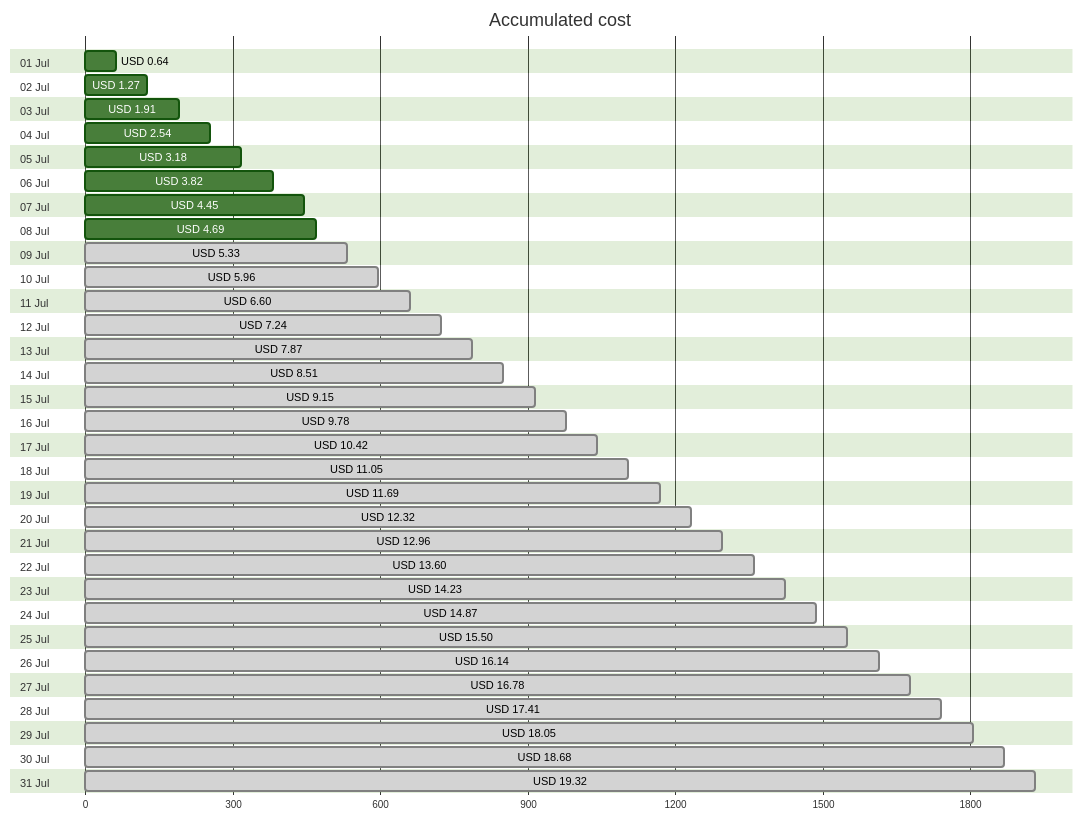
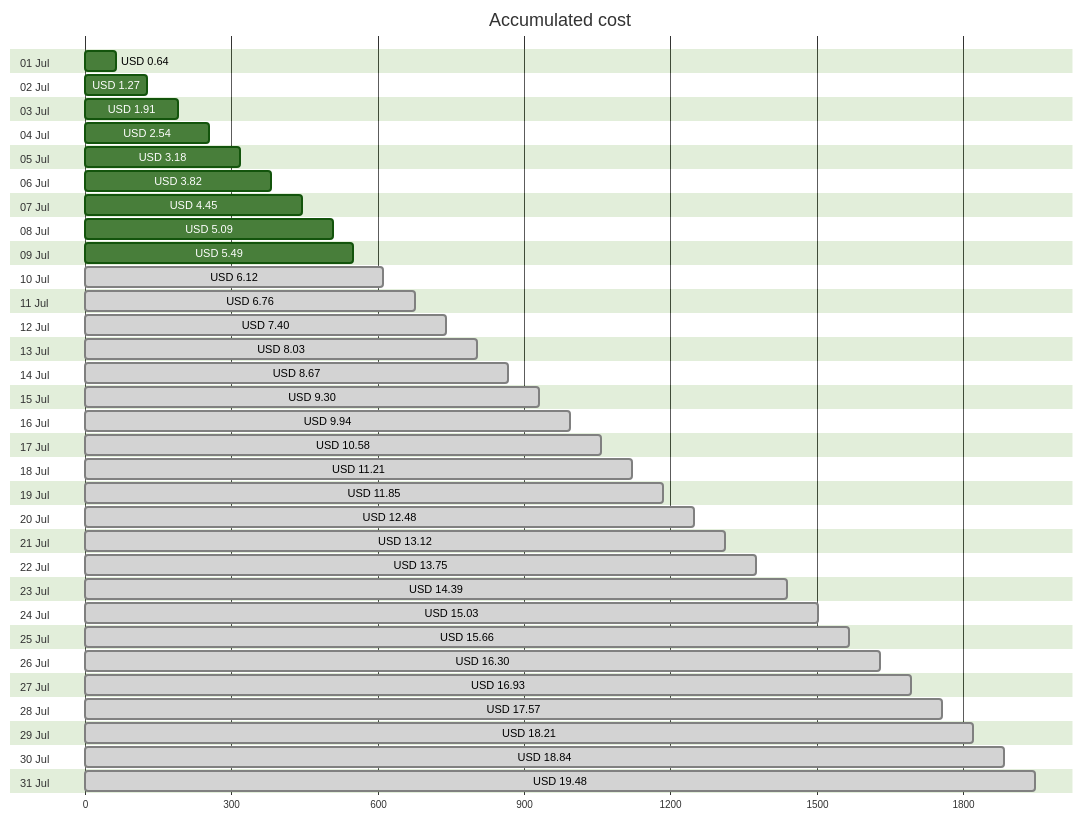
Before and after one commit to jpfulton/azure-personal-reports: the first of 4 diagrams in cost-reports/accumulated-cost.md, drawn with Mermaid (forest theme). The commit also changed other lines of this file and 4 other files, not shown here.

````diff
--- a/cost-reports/accumulated-cost.md
+++ b/cost-reports/accumulated-cost.md
@@ -20,68 +20,68 @@
 ```mermaid
 gantt
    title Accumulated cost
    dateFormat  X
    axisFormat %s
    section 01 Jul
    USD 0.64 :0, 64
    section 02 Jul
    USD 1.27 :0, 127
    section 03 Jul
    USD 1.91 :0, 191
    section 04 Jul
    USD 2.54 :0, 254
    section 05 Jul
    USD 3.18 :0, 318
    section 06 Jul
    USD 3.82 :0, 382
    section 07 Jul
    USD 4.45 :0, 445
    section 08 Jul
-   USD 4.69 :0, 469
+   USD 5.09 :0, 509
    section 09 Jul
-   USD 5.33 : done, 0, 533
+   USD 5.49 :0, 549
    section 10 Jul
-   USD 5.96 : done, 0, 596
+   USD 6.12 : done, 0, 612
    section 11 Jul
-   USD 6.60 : done, 0, 660
+   USD 6.76 : done, 0, 676
    section 12 Jul
-   USD 7.24 : done, 0, 724
+   USD 7.40 : done, 0, 740
    section 13 Jul
-   USD 7.87 : done, 0, 787
+   USD 8.03 : done, 0, 803
    section 14 Jul
-   USD 8.51 : done, 0, 851
+   USD 8.67 : done, 0, 867
    section 15 Jul
-   USD 9.15 : done, 0, 915
+   USD 9.30 : done, 0, 930
    section 16 Jul
-   USD 9.78 : done, 0, 978
+   USD 9.94 : done, 0, 994
    section 17 Jul
-   USD 10.42 : done, 0, 1042
+   USD 10.58 : done, 0, 1058
    section 18 Jul
-   USD 11.05 : done, 0, 1105
+   USD 11.21 : done, 0, 1121
    section 19 Jul
-   USD 11.69 : done, 0, 1169
+   USD 11.85 : done, 0, 1185
    section 20 Jul
-   USD 12.32 : done, 0, 1232
+   USD 12.48 : done, 0, 1248
    section 21 Jul
-   USD 12.96 : done, 0, 1296
+   USD 13.12 : done, 0, 1312
    section 22 Jul
-   USD 13.60 : done, 0, 1360
+   USD 13.75 : done, 0, 1375
    section 23 Jul
-   USD 14.23 : done, 0, 1423
+   USD 14.39 : done, 0, 1439
    section 24 Jul
-   USD 14.87 : done, 0, 1487
+   USD 15.03 : done, 0, 1503
    section 25 Jul
-   USD 15.50 : done, 0, 1550
+   USD 15.66 : done, 0, 1566
    section 26 Jul
-   USD 16.14 : done, 0, 1614
+   USD 16.30 : done, 0, 1630
    section 27 Jul
-   USD 16.78 : done, 0, 1678
+   USD 16.93 : done, 0, 1693
    section 28 Jul
-   USD 17.41 : done, 0, 1741
+   USD 17.57 : done, 0, 1757
    section 29 Jul
-   USD 18.05 : done, 0, 1805
+   USD 18.21 : done, 0, 1821
    section 30 Jul
-   USD 18.68 : done, 0, 1868
+   USD 18.84 : done, 0, 1884
    section 31 Jul
-   USD 19.32 : done, 0, 1932
+   USD 19.48 : done, 0, 1948
 ```
````
